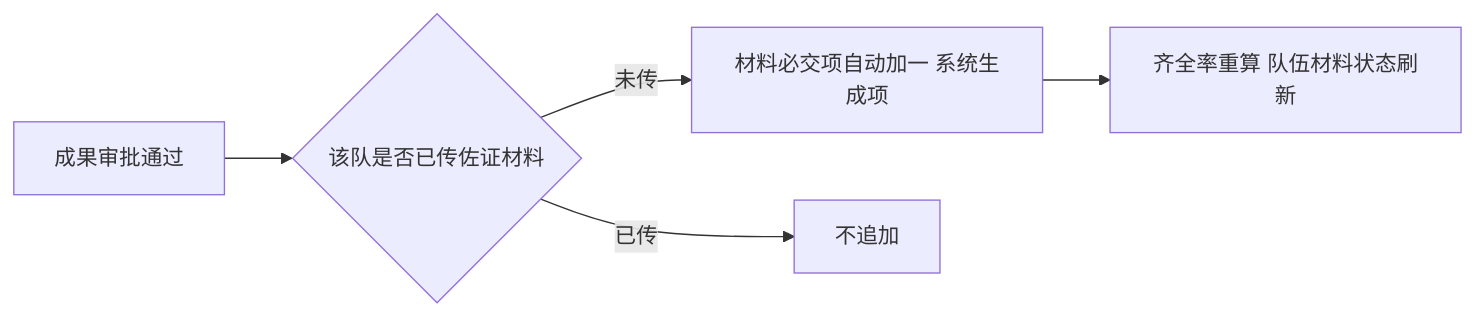
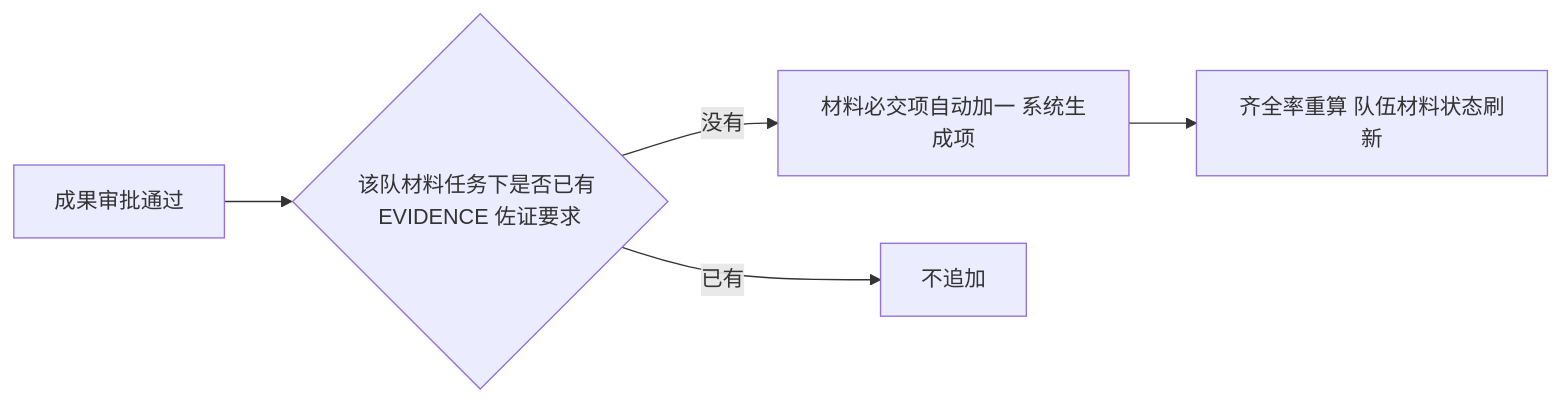
One commit to VIOManager/VIOManager changed the diagram in docs/api/C线-材料成果-接口清单.md. Above: the diagram before and after it, drawn with Mermaid. The commit also changed other lines of this file, not shown here.

````diff
--- a/docs/api/C线-材料成果-接口清单.md
+++ b/docs/api/C线-材料成果-接口清单.md
@@ -63,7 +69,7 @@
 ```mermaid
 flowchart LR
-    A[成果审批通过] --> B{该队是否已传佐证材料}
-    B -- 未传 --> C[材料必交项自动加一 系统生成项]
-    B -- 已传 --> D[不追加]
+    A[成果审批通过] --> B{该队材料任务下是否已有 EVIDENCE 佐证要求}
+    B -- 没有 --> C[材料必交项自动加一 系统生成项]
+    B -- 已有 --> D[不追加]
     C --> E[齐全率重算 队伍材料状态刷新]
 ```
````
